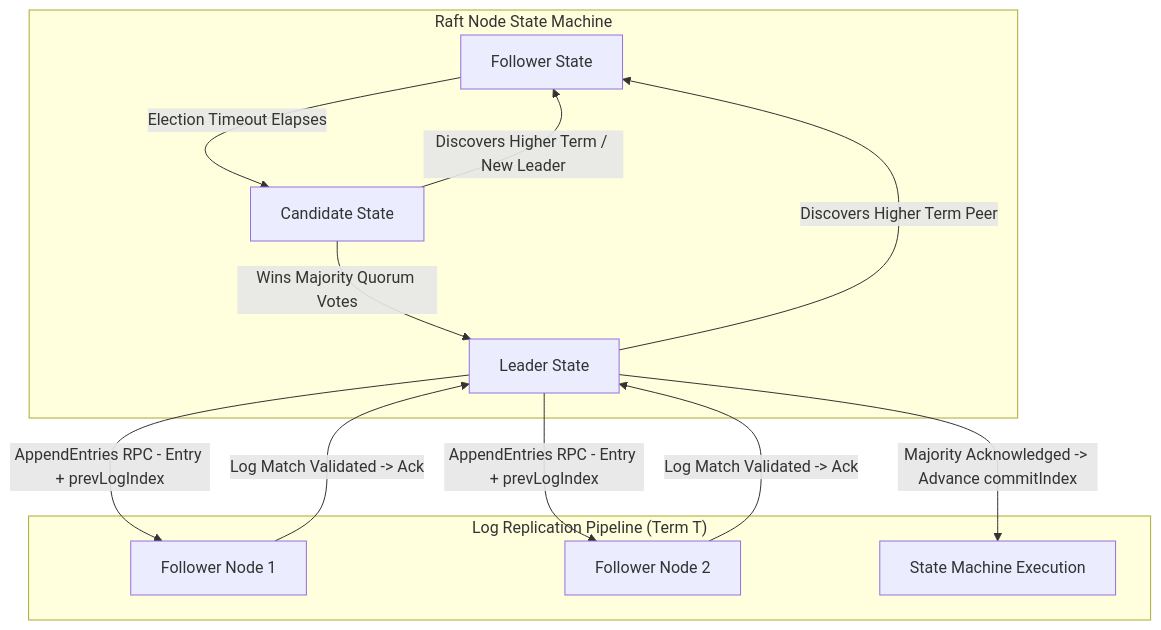
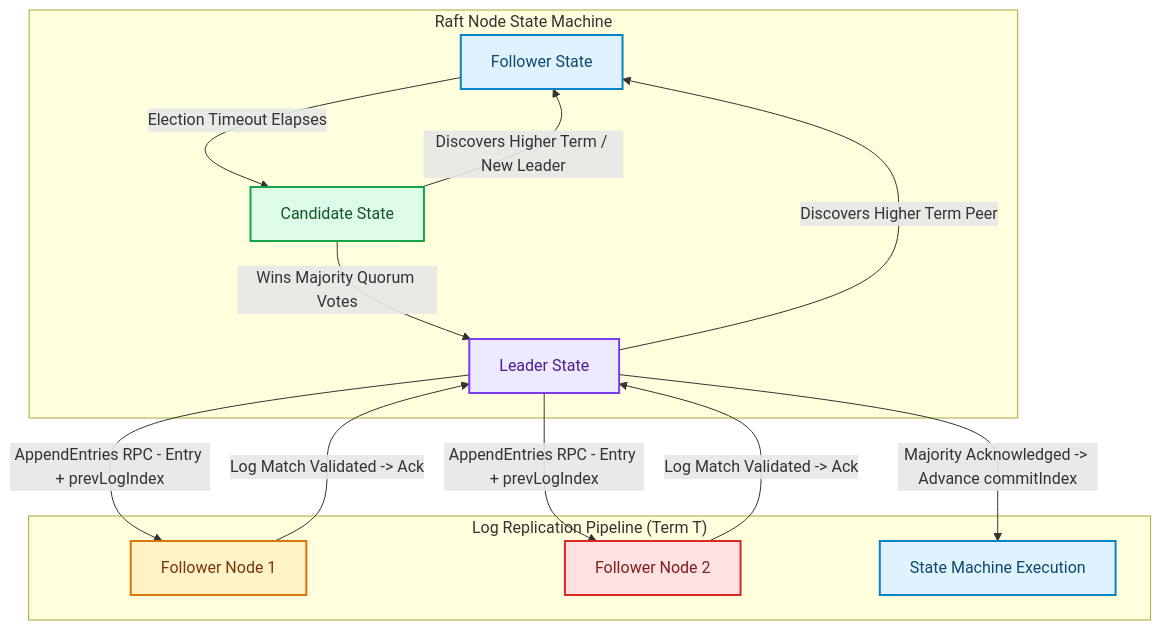
One commit to akmalkhaniub/akmalkhaniub.github.io changed the diagram in blog/posts/raft-consensus-protocol-leader-election-log-replication-safety.md. Above: the diagram before and after it, drawn with Mermaid. The commit also changed other lines of this file and 1291 other files, not shown here.

First line of the commit message:
feat(catalog): unique covers, scholarly references, and diagram palettes

````diff
--- a/blog/posts/raft-consensus-protocol-leader-election-log-replication-safety.md
+++ b/blog/posts/raft-consensus-protocol-leader-election-log-replication-safety.md
@@ -19,19 +19,30 @@
 ```mermaid
 flowchart TD
   subgraph SG1_RaftNodeState ["Raft Node State Machine"]
-    Follower[Follower State] -->|Election Timeout Elapses| Candidate[Candidate State]
-    Candidate -->|Wins Majority Quorum Votes| Leader[Leader State]
+    Follower["Follower State"] -->|Election Timeout Elapses| Candidate["Candidate State"]
+    Candidate -->|Wins Majority Quorum Votes| Leader["Leader State"]
     Candidate -->|Discovers Higher Term / New Leader| Follower
     Leader -->|Discovers Higher Term Peer| Follower
   end
   
   subgraph SG2_LogReplicationPipeline ["Log Replication Pipeline (Term T)"]
-    Leader -->|AppendEntries RPC - Entry + prevLogIndex| F1[Follower Node 1]
-    Leader -->|AppendEntries RPC - Entry + prevLogIndex| F2[Follower Node 2]
+    Leader -->|AppendEntries RPC - Entry + prevLogIndex| F1["Follower Node 1"]
+    Leader -->|AppendEntries RPC - Entry + prevLogIndex| F2["Follower Node 2"]
     
     F1 -->|Log Match Validated -> Ack| Leader
     F2 -->|Log Match Validated -> Ack| Leader
     
-    Leader -->|Majority Acknowledged -> Advance commitIndex| StateMachine[State Machine Execution]
+    Leader -->|Majority Acknowledged -> Advance commitIndex| StateMachine["State Machine Execution"]
   end
+
+classDef green fill:#dcfce7,stroke:#16a34a,stroke-width:2px,color:#14532d;
+classDef red fill:#fee2e2,stroke:#dc2626,stroke-width:2px,color:#7f1d1d;
+classDef blue fill:#e0f2fe,stroke:#0284c7,stroke-width:2px,color:#0c4a6e;
+classDef yellow fill:#fef3c7,stroke:#d97706,stroke-width:2px,color:#78350f;
+classDef purple fill:#ede9fe,stroke:#7c3aed,stroke-width:2px,color:#4c1d95;
+class Follower,StateMachine blue
+class Candidate green
+class Leader purple
+class F1 yellow
+class F2 red
 ```
````
